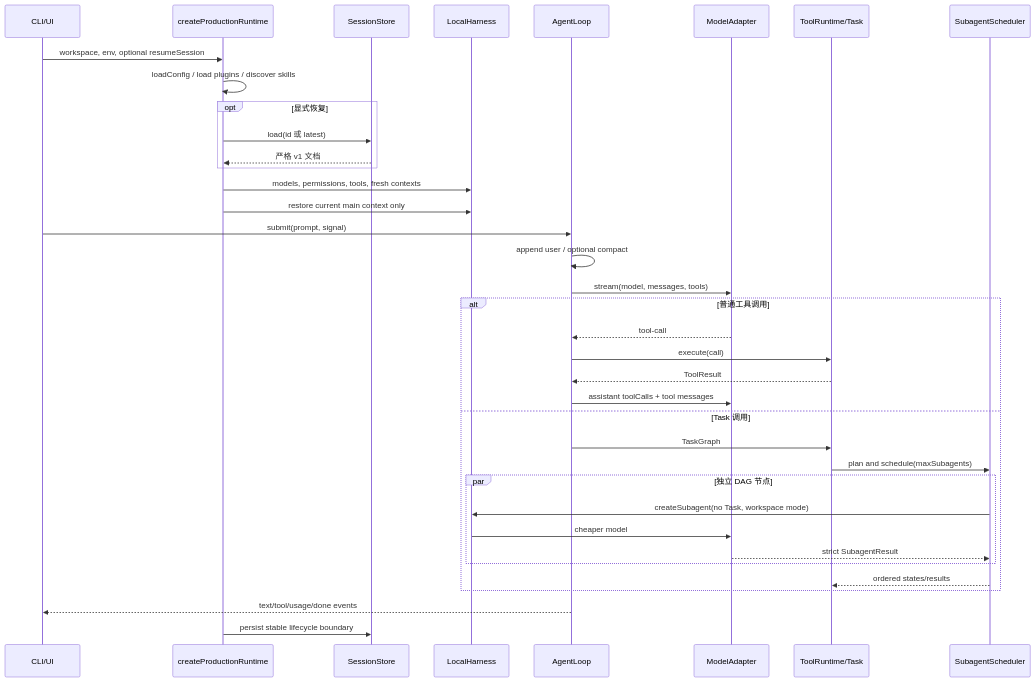
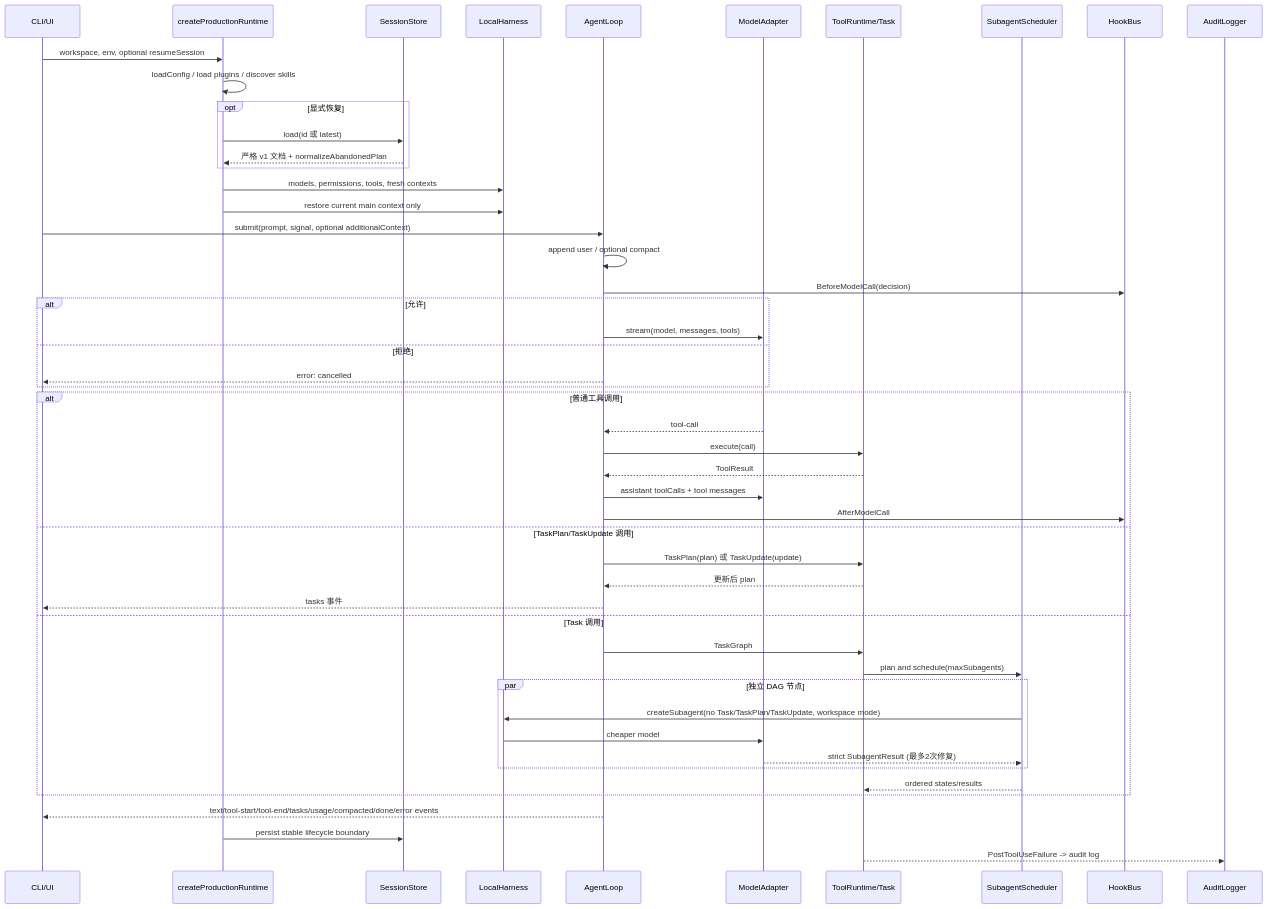
One commit to YachuanWzh/flavor-code changed the second of 2 diagrams in 技术方案报告.md. Above: the diagram before and after it, drawn with Mermaid. The commit also changed other lines of this file and 8 other files, not shown here.

````diff
--- a/技术方案报告.md
+++ b/技术方案报告.md
@@ -34,40 +36,53 @@
 ```mermaid
 sequenceDiagram
   participant C as CLI/UI
   participant P as createProductionRuntime
   participant S as SessionStore
   participant H as LocalHarness
   participant L as AgentLoop
   participant M as ModelAdapter
   participant T as ToolRuntime/Task
   participant A as SubagentScheduler
+  participant HK as HookBus
+  participant AL as AuditLogger
 
   C->>P: workspace, env, optional resumeSession
   P->>P: loadConfig / load plugins / discover skills
   opt 显式恢复
     P->>S: load(id 或 latest)
-    S-->>P: 严格 v1 文档
+    S-->>P: 严格 v1 文档 + normalizeAbandonedPlan
   end
   P->>H: models, permissions, tools, fresh contexts
   P->>H: restore current main context only
-  C->>L: submit(prompt, signal)
+  C->>L: submit(prompt, signal, optional additionalContext)
   L->>L: append user / optional compact
-  L->>M: stream(model, messages, tools)
+  L->>HK: BeforeModelCall(decision)
+  alt 允许
+    L->>M: stream(model, messages, tools)
+  else 拒绝
+    L-->>C: error: cancelled
+  end
   alt 普通工具调用
     M-->>L: tool-call
     L->>T: execute(call)
     T-->>L: ToolResult
     L->>M: assistant toolCalls + tool messages
+    L->>HK: AfterModelCall
+  else TaskPlan/TaskUpdate 调用
+    L->>T: TaskPlan(plan) 或 TaskUpdate(update)
+    T-->>L: 更新后 plan
+    L-->>C: tasks 事件
   else Task 调用
     L->>T: TaskGraph
     T->>A: plan and schedule(maxSubagents)
     par 独立 DAG 节点
-      A->>H: createSubagent(no Task, workspace mode)
+      A->>H: createSubagent(no Task/TaskPlan/TaskUpdate, workspace mode)
       H->>M: cheaper model
-      M-->>A: strict SubagentResult
+      M-->>A: strict SubagentResult (最多2次修复)
     end
     A-->>T: ordered states/results
   end
-  L-->>C: text/tool/usage/done events
+  L-->>C: text/tool-start/tool-end/tasks/usage/compacted/done/error events
   P->>S: persist stable lifecycle boundary
+  T-->>AL: PostToolUseFailure -> audit log
 ```
````
